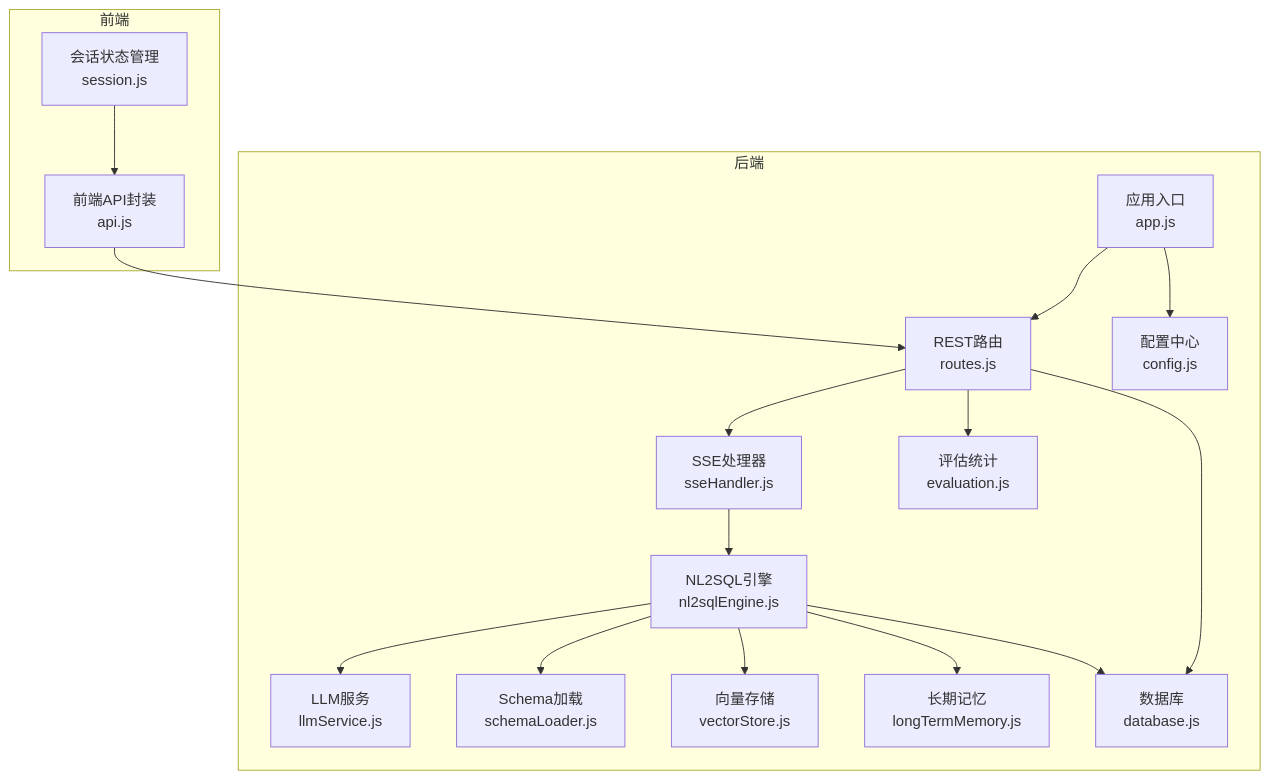
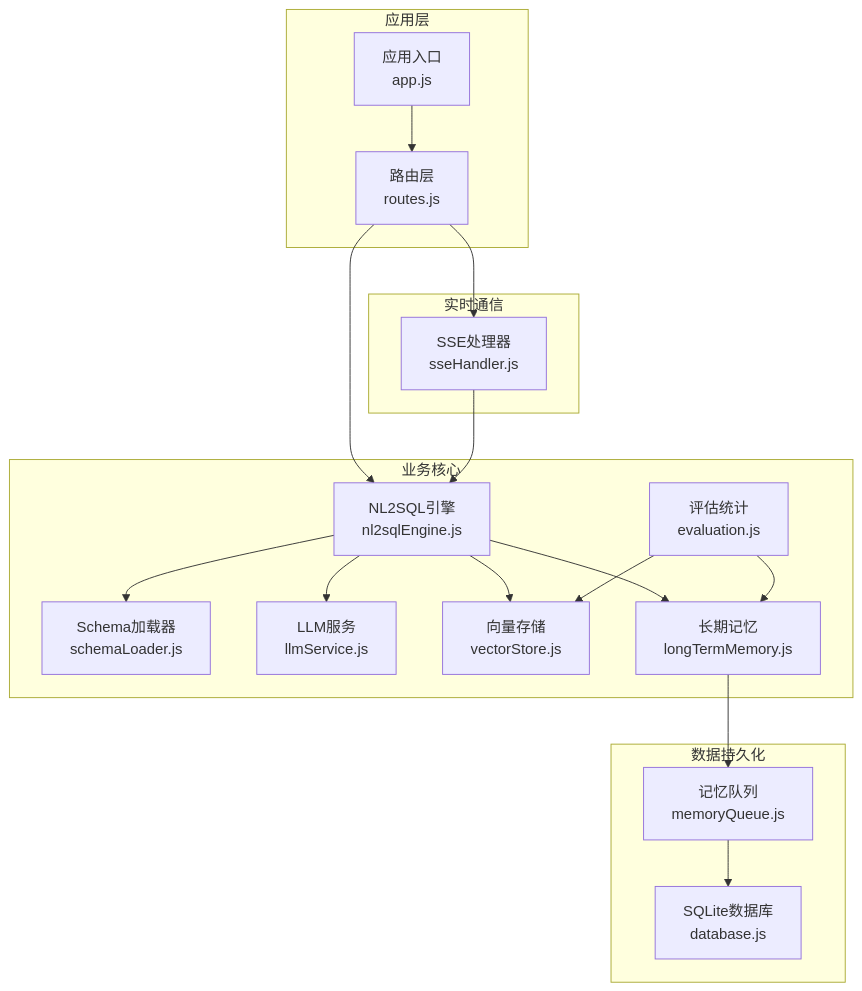
One commit to HanHuiOnLine/724-office changed the first of 8 diagrams in NL2SQL/.qoder/repowiki/zh/content/系统架构/数据流设计.md. Above: the diagram before and after it, drawn with Mermaid. The commit also changed other lines of this file and 170 other files, not shown here.

````diff
--- a/NL2SQL/.qoder/repowiki/zh/content/系统架构/数据流设计.md
+++ b/NL2SQL/.qoder/repowiki/zh/content/系统架构/数据流设计.md
@@ -52,33 +57,34 @@
 ```mermaid
 graph TB
-subgraph "前端"
-FE_API["前端API封装<br/>api.js"]
-FE_STORE["会话状态管理<br/>session.js"]
+subgraph "应用层"
+APP["应用入口<br/>app.js"]
+ROUTES["路由层<br/>routes.js"]
 end
-subgraph "后端"
-APP["应用入口<br/>app.js"]
-ROUTES["REST路由<br/>routes.js"]
+subgraph "业务核心"
+NLENG["NL2SQL引擎<br/>nl2sqlEngine.js"]
+SCHEMA["Schema加载器<br/>schemaLoader.js"]
+LLM["LLM服务<br/>llmService.js"]
+VEC["向量存储<br/>vectorStore.js"]
+MEM["长期记忆<br/>longTermMemory.js"]
+EVAL["评估统计<br/>evaluation.js"]
+end
+subgraph "数据持久化"
+DB["SQLite数据库<br/>database.js"]
+MQ["记忆队列<br/>memoryQueue.js"]
+end
+subgraph "实时通信"
 SSE["SSE处理器<br/>sseHandler.js"]
-ENGINE["NL2SQL引擎<br/>nl2sqlEngine.js"]
-LLM["LLM服务<br/>llmService.js"]
-SCHEMA["Schema加载<br/>schemaLoader.js"]
-VEC["向量存储<br/>vectorStore.js"]
-LTM["长期记忆<br/>longTermMemory.js"]
-EVAL["评估统计<br/>evaluation.js"]
-DB["数据库<br/>database.js"]
-CFG["配置中心<br/>config.js"]
 end
-FE_API --> ROUTES
-FE_STORE --> FE_API
+APP --> ROUTES
 ROUTES --> SSE
-SSE --> ENGINE
-ENGINE --> SCHEMA
-ENGINE --> LLM
-ENGINE --> VEC
-ENGINE --> LTM
-ENGINE --> DB
-ROUTES --> DB
-ROUTES --> EVAL
-APP --> ROUTES
-APP --> CFG
+ROUTES --> NLENG
+NLENG --> SCHEMA
+NLENG --> LLM
+NLENG --> VEC
+NLENG --> MEM
+MEM --> MQ
+MQ --> DB
+EVAL --> VEC
+EVAL --> MEM
+SSE --> NLENG
 ```
````
